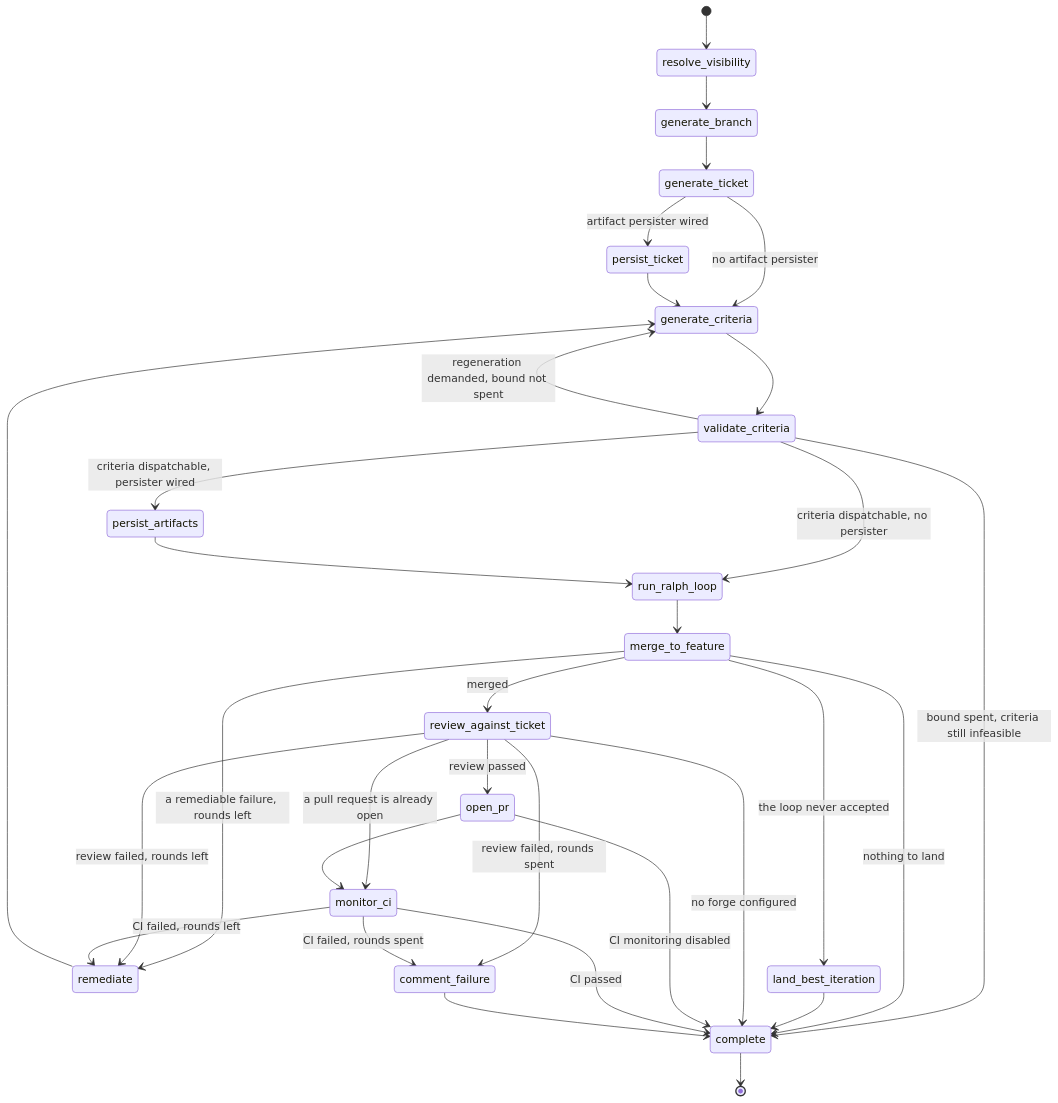
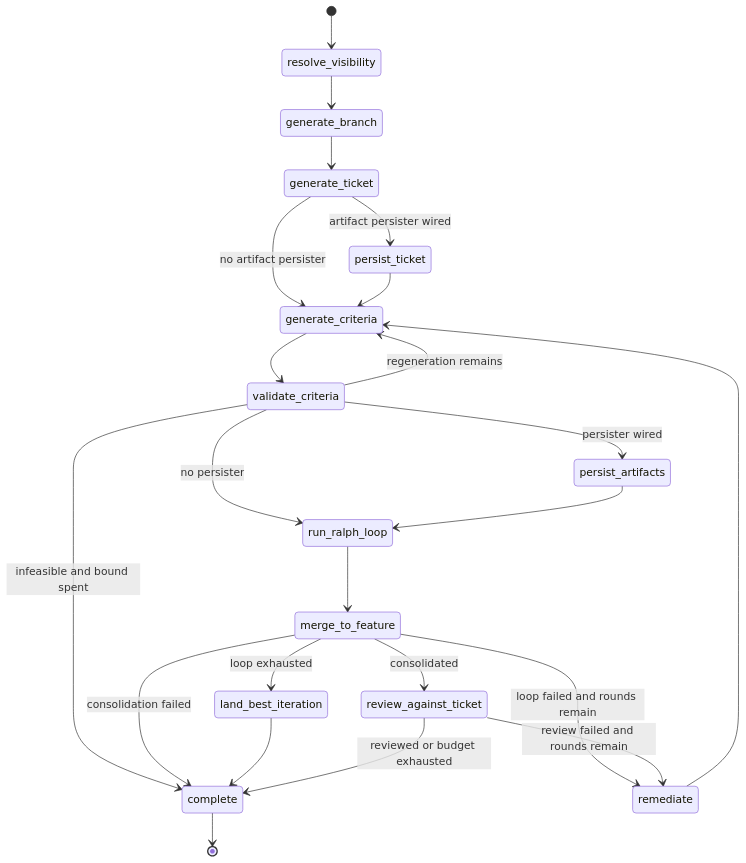
One commit to YalDan/kodezart changed the second of 5 diagrams in docs/architecture.md. Above: the diagram before and after it, drawn with Mermaid. The commit also changed other lines of this file and 1000 other files, not shown here.

````diff
--- a/docs/architecture.md
+++ b/docs/architecture.md
@@ -82,34 +856,25 @@
 ```mermaid
 stateDiagram-v2
     [*] --> resolve_visibility
     resolve_visibility --> generate_branch
     generate_branch --> generate_ticket
     generate_ticket --> persist_ticket : artifact persister wired
     generate_ticket --> generate_criteria : no artifact persister
     persist_ticket --> generate_criteria
     generate_criteria --> validate_criteria
-    validate_criteria --> generate_criteria : regeneration demanded, bound not spent
-    validate_criteria --> complete : bound spent, criteria still infeasible
-    validate_criteria --> persist_artifacts : criteria dispatchable, persister wired
-    validate_criteria --> run_ralph_loop : criteria dispatchable, no persister
+    validate_criteria --> generate_criteria : regeneration remains
+    validate_criteria --> complete : infeasible and bound spent
+    validate_criteria --> persist_artifacts : persister wired
+    validate_criteria --> run_ralph_loop : no persister
     persist_artifacts --> run_ralph_loop
     run_ralph_loop --> merge_to_feature
-    merge_to_feature --> review_against_ticket : merged
-    merge_to_feature --> remediate : a remediable failure, rounds left
-    merge_to_feature --> land_best_iteration : the loop never accepted
-    merge_to_feature --> complete : nothing to land
+    merge_to_feature --> review_against_ticket : consolidated
+    merge_to_feature --> remediate : loop failed and rounds remain
+    merge_to_feature --> land_best_iteration : loop exhausted
+    merge_to_feature --> complete : consolidation failed
     land_best_iteration --> complete
-    review_against_ticket --> open_pr : review passed
-    review_against_ticket --> monitor_ci : a pull request is already open
-    review_against_ticket --> remediate : review failed, rounds left
-    review_against_ticket --> comment_failure : review failed, rounds spent
-    review_against_ticket --> complete : no forge configured
+    review_against_ticket --> remediate : review failed and rounds remain
+    review_against_ticket --> complete : reviewed or budget exhausted
     remediate --> generate_criteria
-    open_pr --> monitor_ci
-    open_pr --> complete : CI monitoring disabled
-    monitor_ci --> complete : CI passed
-    monitor_ci --> remediate : CI failed, rounds left
-    monitor_ci --> comment_failure : CI failed, rounds spent
-    comment_failure --> complete
     complete --> [*]
 ```
````
